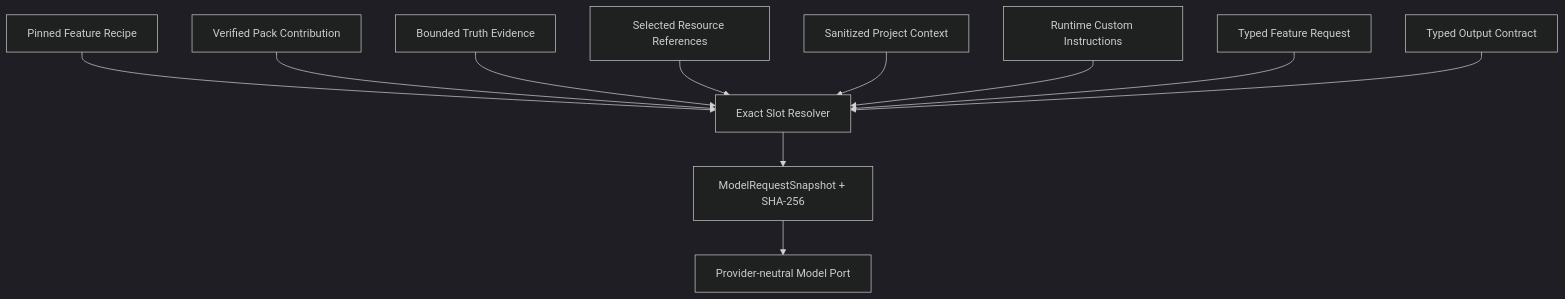
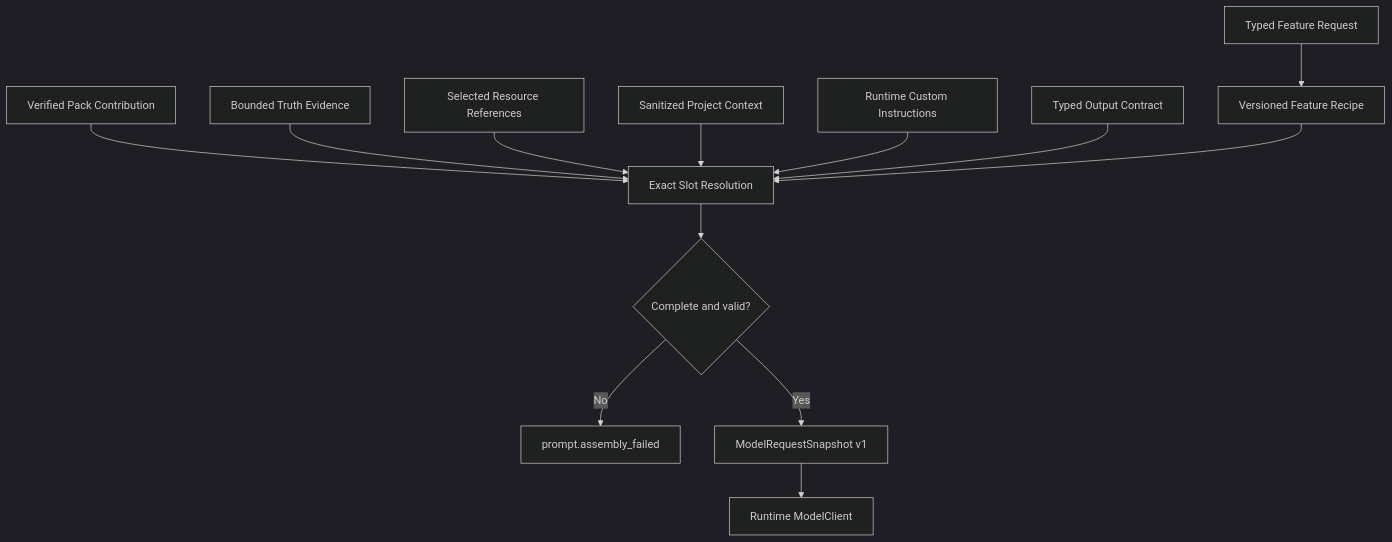
Before and after one commit to Frashmeat/AgentForSTS2: the diagram in docs/01-总览/Prompt-文本资源总览.md, drawn with Mermaid (dark theme). The commit also changed other lines of this file and 221 other files, not shown here.

Commit message:
feat(stage2): cut shells over to feature runtime

````diff
--- a/docs/01-总览/Prompt-文本资源总览.md
+++ b/docs/01-总览/Prompt-文本资源总览.md
@@ -13,13 +9,15 @@
 ```mermaid
 flowchart TB
-    Recipe["Pinned Feature Recipe"] --> Slots["Exact Slot Resolver"]
-    Pack["Verified Pack Contribution"] --> Slots
-    Truth["Bounded Truth Evidence"] --> Slots
-    Resource["Selected Resource References"] --> Slots
-    Project["Sanitized Project Context"] --> Slots
-    Custom["Runtime Custom Instructions"] --> Slots
-    Request["Typed Feature Request"] --> Slots
-    Contract["Typed Output Contract"] --> Slots
-    Slots --> Snapshot["ModelRequestSnapshot + SHA-256"]
-    Snapshot --> Port["Provider-neutral Model Port"]
+    Input[Typed Feature Request] --> Recipe[Versioned Feature Recipe]
+    Pack[Verified Pack Contribution] --> Slots[Exact Slot Resolution]
+    Truth[Bounded Truth Evidence] --> Slots
+    Resources[Selected Resource References] --> Slots
+    Project[Sanitized Project Context] --> Slots
+    Custom[Runtime Custom Instructions] --> Slots
+    Contract[Typed Output Contract] --> Slots
+    Recipe --> Slots
+    Slots --> Validate{Complete and valid?}
+    Validate -->|No| Failure[prompt.assembly_failed]
+    Validate -->|Yes| Snapshot[ModelRequestSnapshot v1]
+    Snapshot --> Model[Runtime ModelClient]
 ```
````
